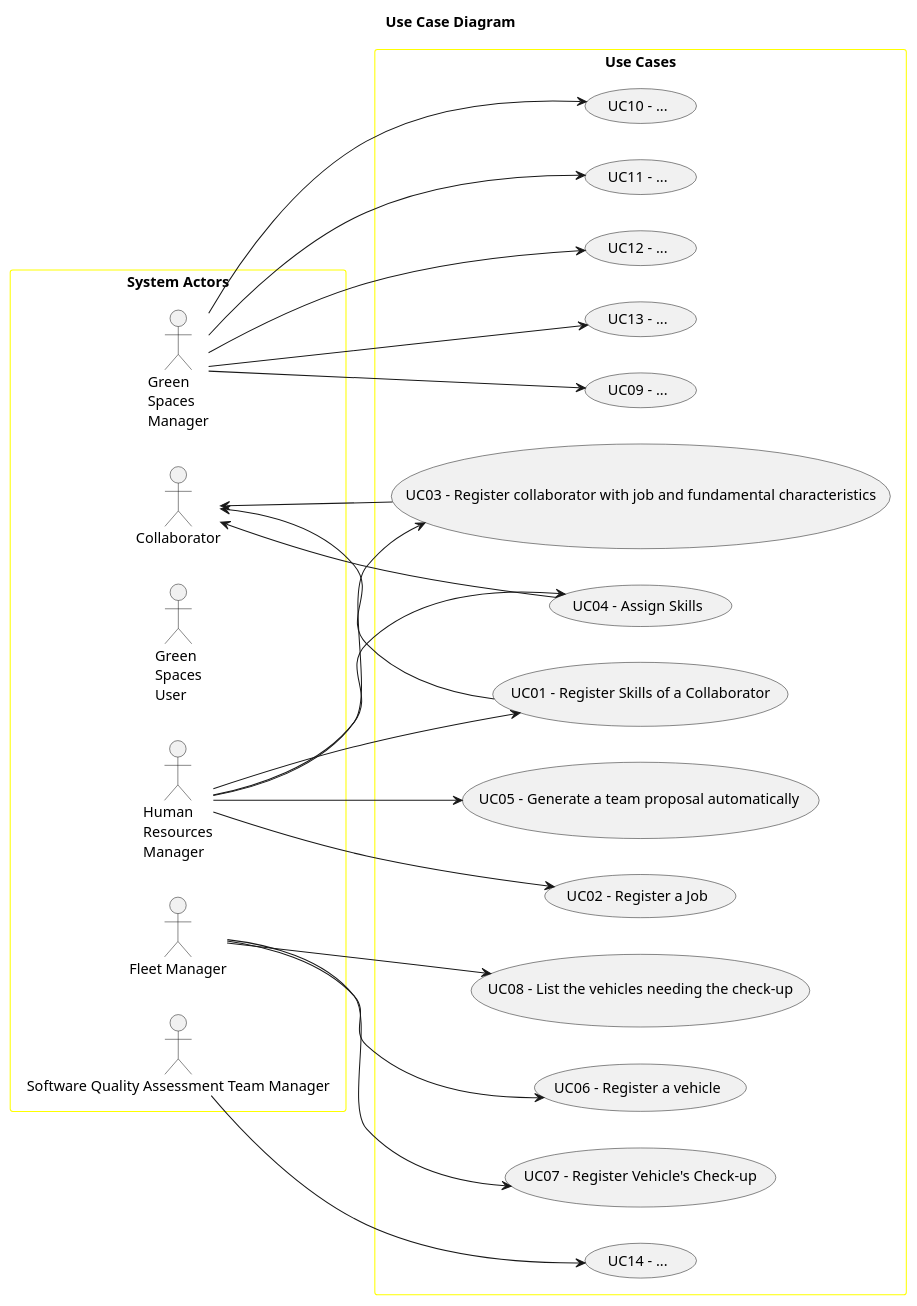
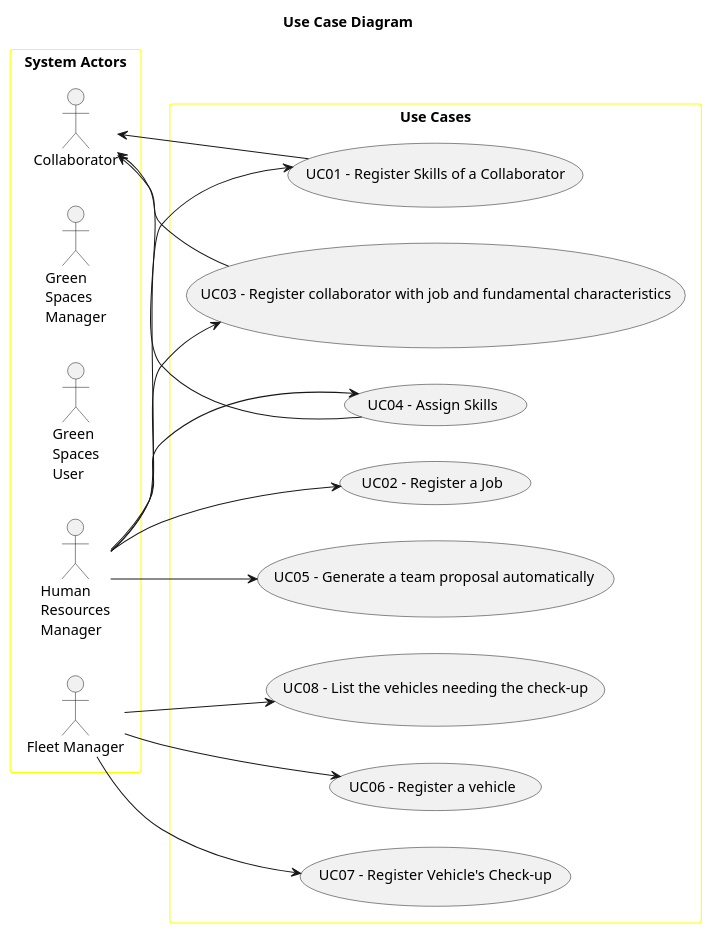
Before and after one commit to daniel41silva05/ISEP_2023_2024_LAPR2: the diagram in docs/sprintA&B/global-artifacts/01.requirements-engineering/puml/use-case-diagram.puml, drawn with PlantUML. The commit also changed 151 other files, not shown here.

```diff
--- a/docs/sprintA&B/global-artifacts/01.requirements-engineering/puml/use-case-diagram.puml
+++ b/docs/sprintA&B/global-artifacts/01.requirements-engineering/puml/use-case-diagram.puml
@@ -1,57 +1,44 @@
 @startuml
 'skinparam monochrome true
 skinparam packageStyle rectangle
 'skinparam shadowing false
 
 skinparam rectangle{
     BorderColor yellow
 }
 
 title Use Case Diagram
 
 left to right direction
 
 rectangle "System Actors" as actors {
     actor Collaborator
     actor "Green\nSpaces\nManager" as GSM
     actor "Green\nSpaces\nUser" as GSU
     actor "Human\nResources\nManager" as HRM
     actor "Fleet Manager" as FM
-    actor "Software Quality Assessment Team Manager" as QAM
 }
 
 rectangle "Use Cases" as usecases{
     usecase "UC01 - Register Skills of a Collaborator" as UC01
     HRM --> UC01
     UC01 --> Collaborator
     usecase "UC02 - Register a Job" as UC02
     HRM --> UC02
     usecase "UC03 - Register collaborator with job and fundamental characteristics" as UC03
     HRM --> UC03
     UC03 --> Collaborator
     usecase "UC04 - Assign Skills" as UC04
     HRM --> UC04
     UC04 --> Collaborator
     usecase "UC05 - Generate a team proposal automatically " as UC05
     HRM --> UC05
     usecase "UC06 - Register a vehicle" as UC06
     FM --> UC06
     usecase "UC07 - Register Vehicle's Check-up" as UC07
     FM --> UC07
     usecase "UC08 - List the vehicles needing the check-up" as UC08
     FM --> UC08
-    usecase "UC09 - ..." as UC09
-    GSM --> UC09
-    usecase "UC10 - ..." as UC10
-    GSM --> UC10
-    usecase "UC11 - ..." as UC11
-    GSM --> UC11
-    usecase "UC12 - ..." as UC12
-    GSM --> UC12
-    usecase "UC13 - ..." as UC13
-    GSM --> UC13
-    usecase "UC14 - ..." as UC14
-    QAM --> UC14
 }
 
 @enduml
```
